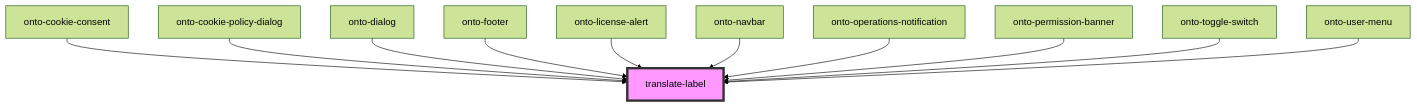
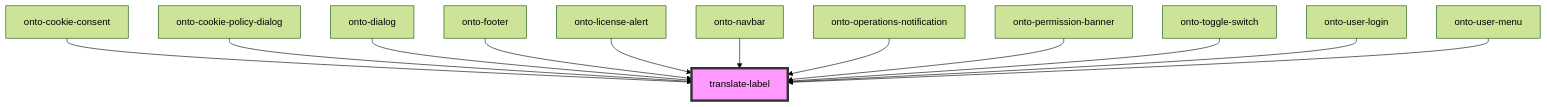
The diagram in packages/shared-components/src/components/translate-label/readme.md (Ontotext-AD/graphdb-workbench), drawn with Mermaid (forest theme) before and after one commit. The commit also changed other lines of this file and 54 other files, not shown here.

````diff
--- a/packages/shared-components/src/components/translate-label/readme.md
+++ b/packages/shared-components/src/components/translate-label/readme.md
@@ -43,14 +44,15 @@
 ```mermaid
 graph TD;
   onto-cookie-consent --> translate-label
   onto-cookie-policy-dialog --> translate-label
   onto-dialog --> translate-label
   onto-footer --> translate-label
   onto-license-alert --> translate-label
   onto-navbar --> translate-label
   onto-operations-notification --> translate-label
   onto-permission-banner --> translate-label
   onto-toggle-switch --> translate-label
+  onto-user-login --> translate-label
   onto-user-menu --> translate-label
   style translate-label fill:#f9f,stroke:#333,stroke-width:4px
 ```
````
